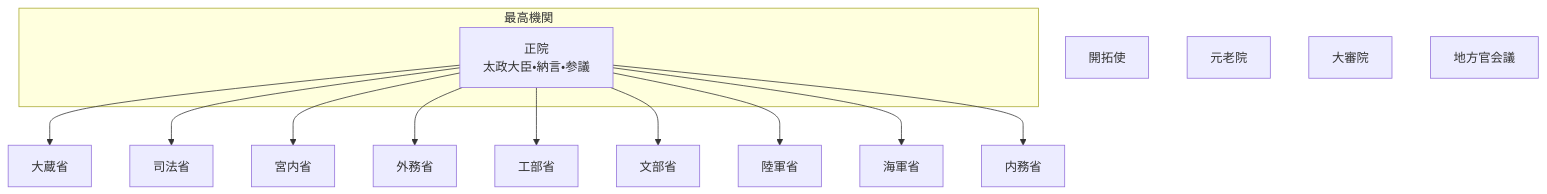
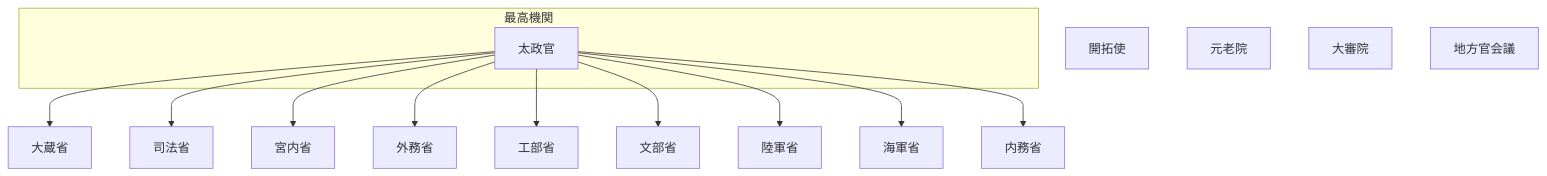
One commit to tatemaru/jp-admin-org-chart changed the diagram in README.md. Above: the diagram before and after it, drawn with Mermaid. The commit also changed other lines of this file, not shown here.

Commit message:
feat(太政官): 正院を廃止
根拠: 太政官達
施行: 1877-01-18
出典: JACAR history1

種別: 再編
備考: Git日付制約のため AuthorDate/CommitDate は 1970-01-02

````diff
--- a/README.md
+++ b/README.md
@@ -9,29 +9,28 @@
 ```mermaid
 flowchart TB
   subgraph top["最高機関"]
-    Sei["正院
-太政大臣・納言・参議"]
+    Dajokan["太政官"]
   end
   Okura["大蔵省"]
-  Sei --> Okura
+  Dajokan --> Okura
   Shiho["司法省"]
-  Sei --> Shiho
+  Dajokan --> Shiho
   Kunai["宮内省"]
-  Sei --> Kunai
+  Dajokan --> Kunai
   Gaimu["外務省"]
-  Sei --> Gaimu
+  Dajokan --> Gaimu
   Kobu["工部省"]
-  Sei --> Kobu
+  Dajokan --> Kobu
   Mombu["文部省"]
-  Sei --> Mombu
+  Dajokan --> Mombu
   Rikugun["陸軍省"]
-  Sei --> Rikugun
+  Dajokan --> Rikugun
   Kaigun["海軍省"]
-  Sei --> Kaigun
+  Dajokan --> Kaigun
   Naimu["内務省"]
-  Sei --> Naimu
+  Dajokan --> Naimu
   Kaitaku["開拓使"]
   Genro["元老院"]
   Daishin["大審院"]
   Chiho["地方官会議"]
 ```
````
